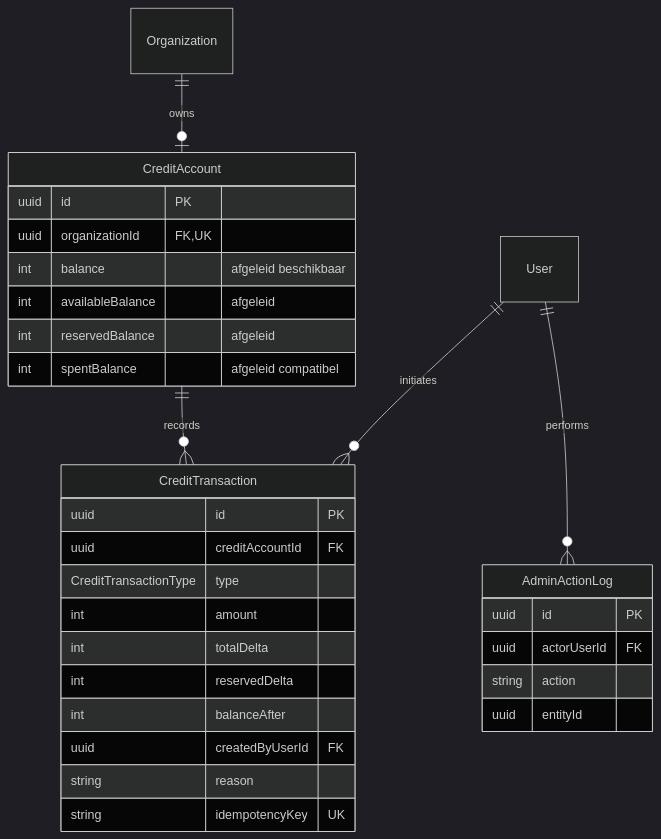
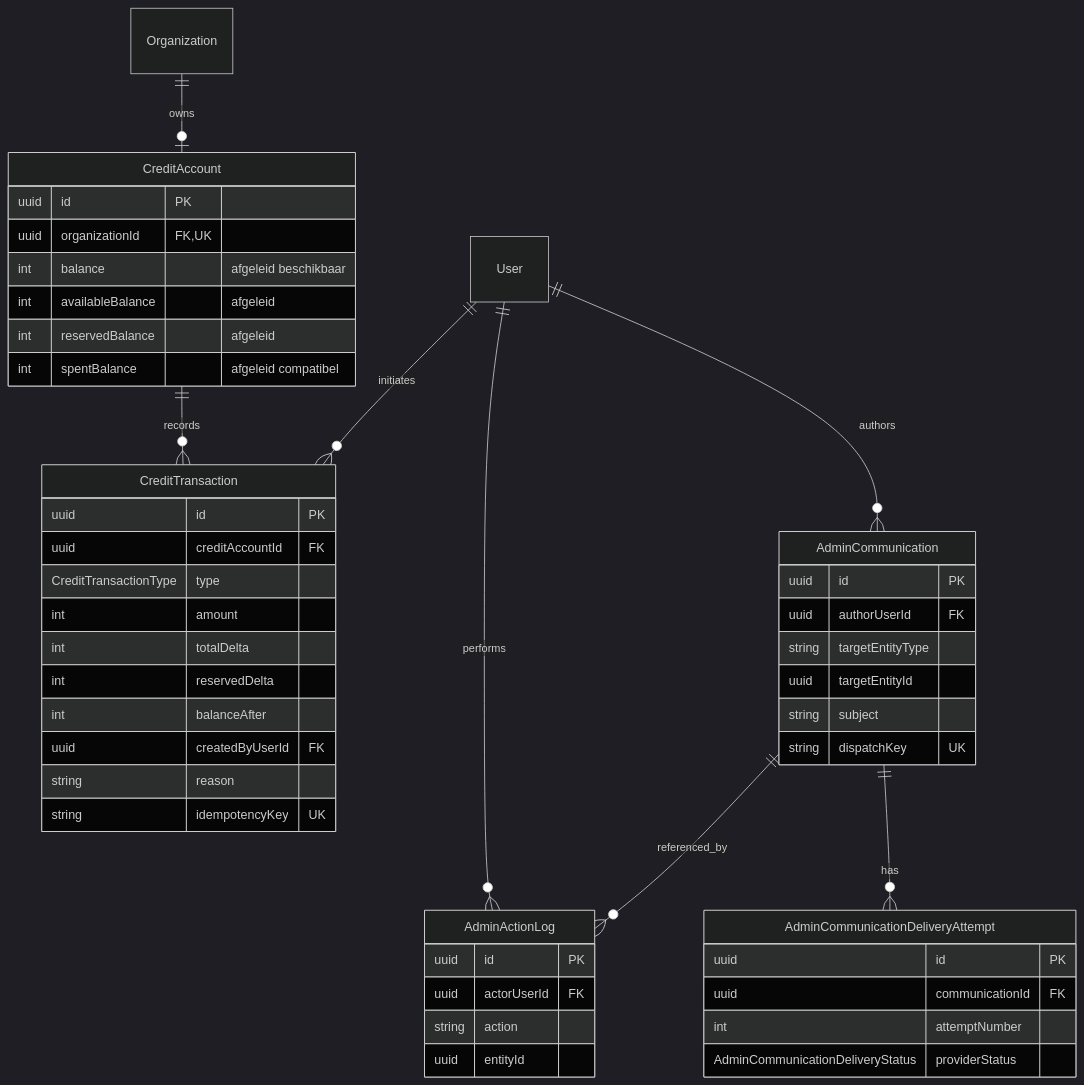
One commit to WorkMatchr/platform changed diagram 15 of 18 in docs/ERD.md. Above: the diagram before and after it, drawn with Mermaid (dark theme). The commit also changed 18 other files, not shown here.

Commit message:
Add immutable admin communication archive

````diff
--- a/docs/ERD.md
+++ b/docs/ERD.md
@@ -534,33 +534,50 @@
 ```mermaid
 erDiagram
   Organization ||--o| CreditAccount : owns
   CreditAccount ||--o{ CreditTransaction : records
   User ||--o{ CreditTransaction : initiates
   User ||--o{ AdminActionLog : performs
+  User ||--o{ AdminCommunication : authors
+  AdminCommunication ||--o{ AdminCommunicationDeliveryAttempt : has
+  AdminCommunication ||--o{ AdminActionLog : referenced_by
   CreditAccount {
     uuid id PK
     uuid organizationId FK,UK
     int balance "afgeleid beschikbaar"
     int availableBalance "afgeleid"
     int reservedBalance "afgeleid"
     int spentBalance "afgeleid compatibel"
   }
   CreditTransaction {
     uuid id PK
     uuid creditAccountId FK
     CreditTransactionType type
     int amount
     int totalDelta
     int reservedDelta
     int balanceAfter
     uuid createdByUserId FK
     string reason
     string idempotencyKey UK
   }
   AdminActionLog {
     uuid id PK
     uuid actorUserId FK
     string action
     uuid entityId
   }
+  AdminCommunication {
+    uuid id PK
+    uuid authorUserId FK
+    string targetEntityType
+    uuid targetEntityId
+    string subject
+    string dispatchKey UK
+  }
+  AdminCommunicationDeliveryAttempt {
+    uuid id PK
+    uuid communicationId FK
+    int attemptNumber
+    AdminCommunicationDeliveryStatus providerStatus
+  }
 ```
````
